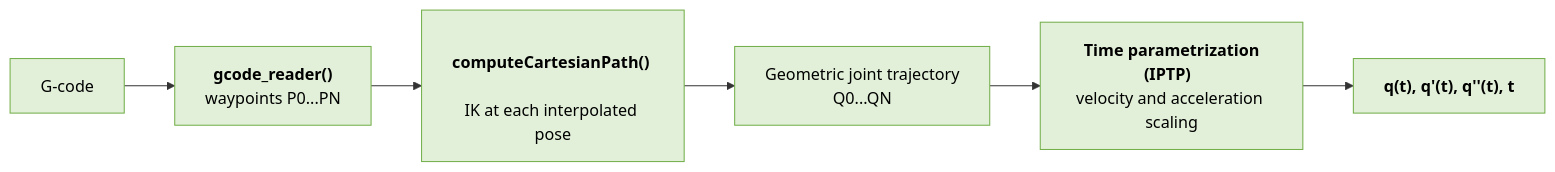
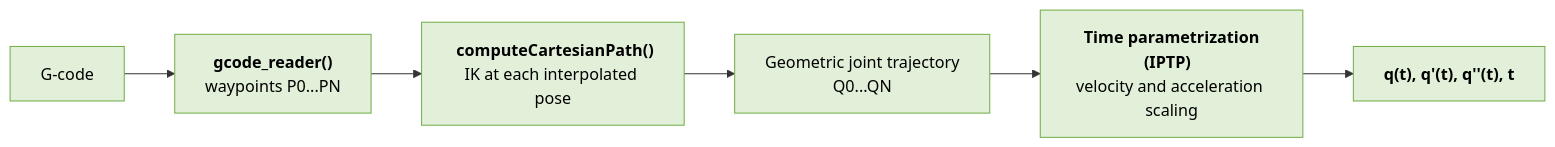
The first of 2 diagrams in src/docs/planning.md (PedroAcero/tfm_workspace), drawn with Mermaid before and after one commit.

````diff
--- a/src/docs/planning.md
+++ b/src/docs/planning.md
@@ -77,15 +77,15 @@
 ```mermaid
 flowchart LR
     A["G-code"] --> B["<b> gcode_reader() </b><br/>waypoints P0...PN"]
-    B --> C["<b> computeCartesianPath() </b> <br/>IK at each interpolated pose"]
+    B --> C["<b> computeCartesianPath()</b><br/>IK at each interpolated pose"]
     C --> D["Geometric joint trajectory<br/>Q0...QN"]
     D --> E["<b> Time parametrization (IPTP) </b> <br/>velocity and acceleration scaling"]
     E --> F["<b> q(t), q'(t), q''(t), t </b>"]
 
     style A fill:#E2F0D9,stroke:#70AD47,color:#000
     style B fill:#E2F0D9,stroke:#70AD47,color:#000
     style C fill:#E2F0D9,stroke:#70AD47,color:#000
     style D fill:#E2F0D9,stroke:#70AD47,color:#000
     style E fill:#E2F0D9,stroke:#70AD47,color:#000
     style F fill:#E2F0D9,stroke:#70AD47,color:#000
 ```
````
